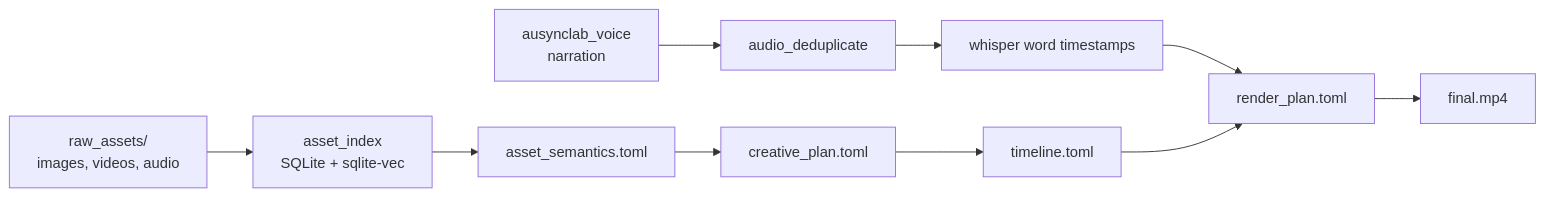
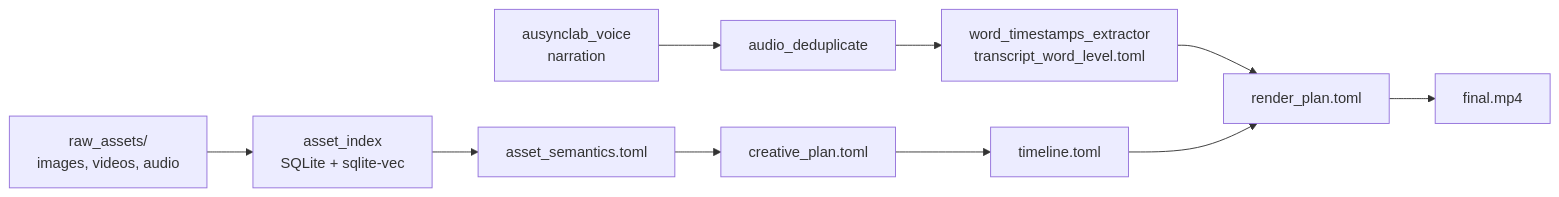
The diagram in README.md (quangdutran95/Video-auto), drawn with Mermaid before and after one commit. The commit also changed 14 other files, not shown here.

````diff
--- a/README.md
+++ b/README.md
@@ -9,12 +9,12 @@
 ```mermaid
 flowchart LR
     rawAssets[raw_assets/<br/>images, videos, audio] --> watcher[asset_index<br/>SQLite + sqlite-vec]
     watcher --> semantics[asset_semantics.toml]
     semantics --> planner[creative_plan.toml]
     planner --> mapper[timeline.toml]
     voice[ausynclab_voice<br/>narration] --> dedupe[audio_deduplicate]
-    dedupe --> whisper[whisper word timestamps]
-    whisper --> renderPlan[render_plan.toml]
+    dedupe --> timestamps[word_timestamps_extractor<br/>transcript_word_level.toml]
+    timestamps --> renderPlan[render_plan.toml]
     mapper --> renderPlan
     renderPlan --> renderer[final.mp4]
 ```
````
